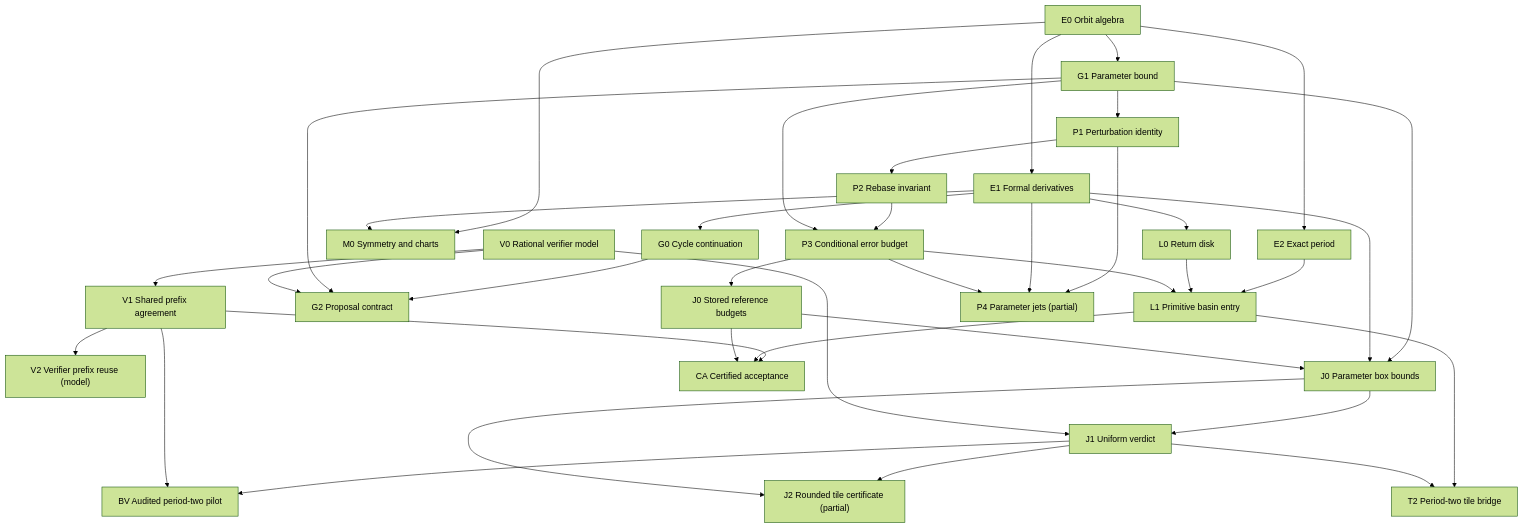
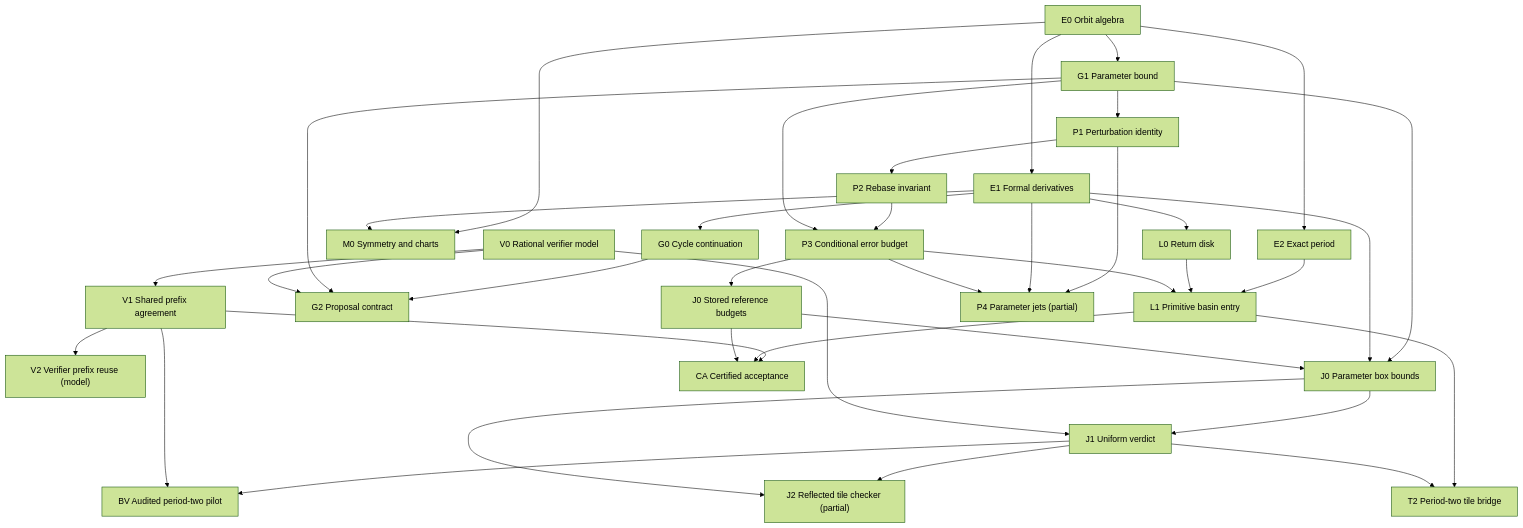
Before and after one commit to Aaron-Fine/int-M-: the diagram in docs/verification/LEAN-PROOF-DAG.md, drawn with Mermaid (forest theme). The commit also changed other lines of this file and 8 other files, not shown here.

First line of the commit message:
Add a reflected generic tile checker with kernel-checked period-three tiles

````diff
--- a/docs/verification/LEAN-PROOF-DAG.md
+++ b/docs/verification/LEAN-PROOF-DAG.md
@@ -7,41 +7,41 @@
 ```mermaid
 flowchart TD
   E0["E0 Orbit algebra"] --> E1["E1 Formal derivatives"]
   E0 --> E2["E2 Exact period"]
   E0 --> M0["M0 Symmetry and charts"]
   E1 --> M0
   V0["V0 Rational verifier model"]
   V0 --> V1["V1 Shared prefix agreement"]
   V1 --> V2["V2 Verifier prefix reuse (model)"]
   E1 --> G0["G0 Cycle continuation"]
   E0 --> G1["G1 Parameter bound"]
   G0 --> G2["G2 Proposal contract"]
   G1 --> G2
   V0 --> G2
   E1 --> L0["L0 Return disk"]
   E2 --> L1["L1 Primitive basin entry"]
   L0 --> L1
   G1 --> J0["J0 Parameter box bounds"]
   E1 --> J0
   J0 --> J1["J1 Uniform verdict"]
   V0 --> J1
-  J1 --> J2["J2 Rounded tile certificate (partial)"]
+  J1 --> J2["J2 Reflected tile checker (partial)"]
   J1 --> BV["BV Audited period-two pilot"]
   V1 --> BV
   L1 --> T2["T2 Period-two tile bridge"]
   V1 --> CA["CA Certified acceptance"]
   L1 --> CA
   J0S --> CA
   J1 --> T2
   G1 --> P1["P1 Perturbation identity"]
   P1 --> P2["P2 Rebase invariant"]
   P2 --> P3["P3 Conditional error budget"]
   G1 --> P3
   P3 --> J0S["J0 Stored reference budgets"]
   J0S --> J0
   J0 --> J2
   P3 --> L1
   P1 --> P4["P4 Parameter jets (partial)"]
   E1 --> P4
   P3 --> P4
 ```
````
